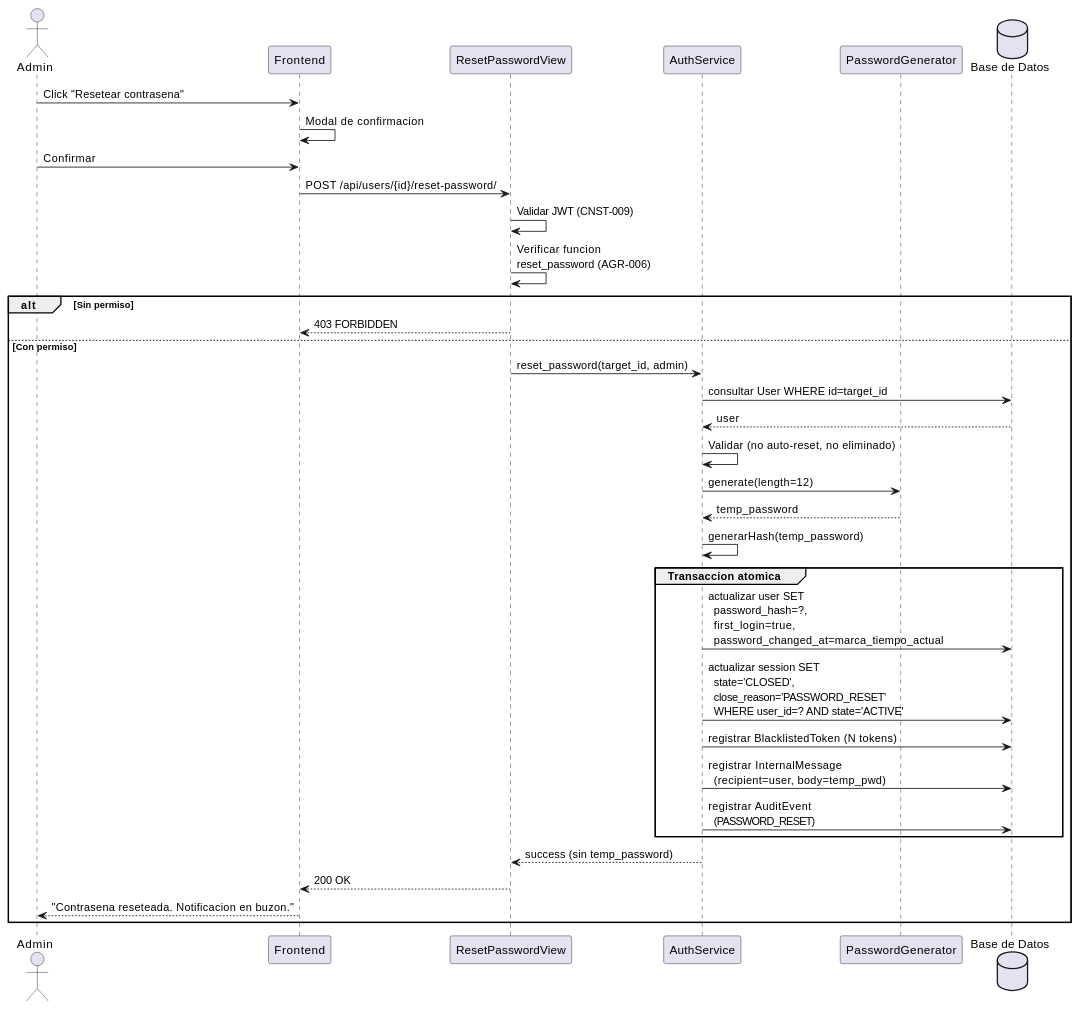
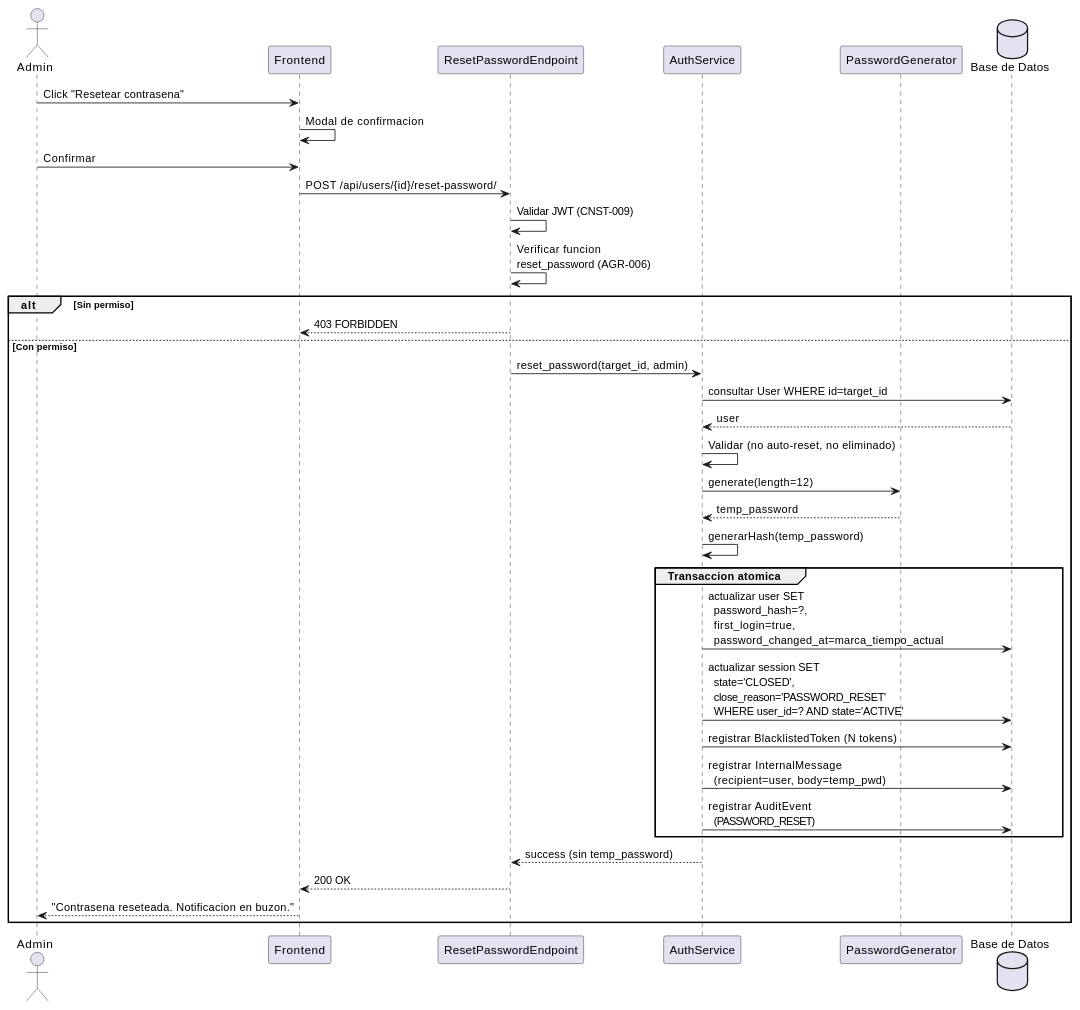
The diagram in source/requisitos/casos-uso/auth/uc-auth-03/diagramas-uml/diagrama-de-secuencia.rst (jcg-admin/IACT-docs), drawn with PlantUML before and after one commit. The commit also changed 21 other files, not shown here.

```diff
--- a/source/requisitos/casos-uso/auth/uc-auth-03/diagramas-uml/diagrama-de-secuencia.rst
+++ b/source/requisitos/casos-uso/auth/uc-auth-03/diagramas-uml/diagrama-de-secuencia.rst
@@ -4,46 +4,46 @@
 .. uml::
  :caption: UC_AUTH_03 — flujo principal
 
  @startuml
 
  actor Admin as Admin
  participant "Frontend" as Frontend
- participant "ResetPasswordView" as Resetpasswordview
+ participant "ResetPasswordEndpoint" as Resetpasswordview
  participant "AuthService" as Authservice
  participant "PasswordGenerator" as Passwordgenerator
  database "Base de Datos" as BaseDeDatos
 
  Admin -> Frontend: Click "Resetear contrasena"
  Frontend -> Frontend: Modal de confirmacion
  Admin -> Frontend: Confirmar
  Frontend -> Resetpasswordview: POST /api/users/{id}/reset-password/
 
  Resetpasswordview -> Resetpasswordview: Validar JWT (CNST-009)
  Resetpasswordview -> Resetpasswordview: Verificar funcion\nreset_password (AGR-006)
  alt Sin permiso
    Resetpasswordview --> Frontend: 403 FORBIDDEN
  else Con permiso
    Resetpasswordview -> Authservice: reset_password(target_id, admin)
 
    Authservice -> BaseDeDatos: consultar User WHERE id=target_id
    BaseDeDatos --> Authservice: user
    Authservice -> Authservice: Validar (no auto-reset, no eliminado)
 
    Authservice -> Passwordgenerator: generate(length=12)
    Passwordgenerator --> Authservice: temp_password
    Authservice -> Authservice: generarHash(temp_password)
 
    group Transaccion atomica
      Authservice -> BaseDeDatos: actualizar user SET\n  password_hash=?,\n  first_login=true,\n  password_changed_at=marca_tiempo_actual
      Authservice -> BaseDeDatos: actualizar session SET\n  state='CLOSED',\n  close_reason='PASSWORD_RESET'\n  WHERE user_id=? AND state='ACTIVE'
      Authservice -> BaseDeDatos: registrar BlacklistedToken (N tokens)
      Authservice -> BaseDeDatos: registrar InternalMessage\n  (recipient=user, body=temp_pwd)
      Authservice -> BaseDeDatos: registrar AuditEvent\n  (PASSWORD_RESET)
    end
 
    Authservice --> Resetpasswordview: success (sin temp_password)
    Resetpasswordview --> Frontend: 200 OK
    Frontend --> Admin: "Contrasena reseteada. Notificacion en buzon."
  end
 
  @enduml
```
